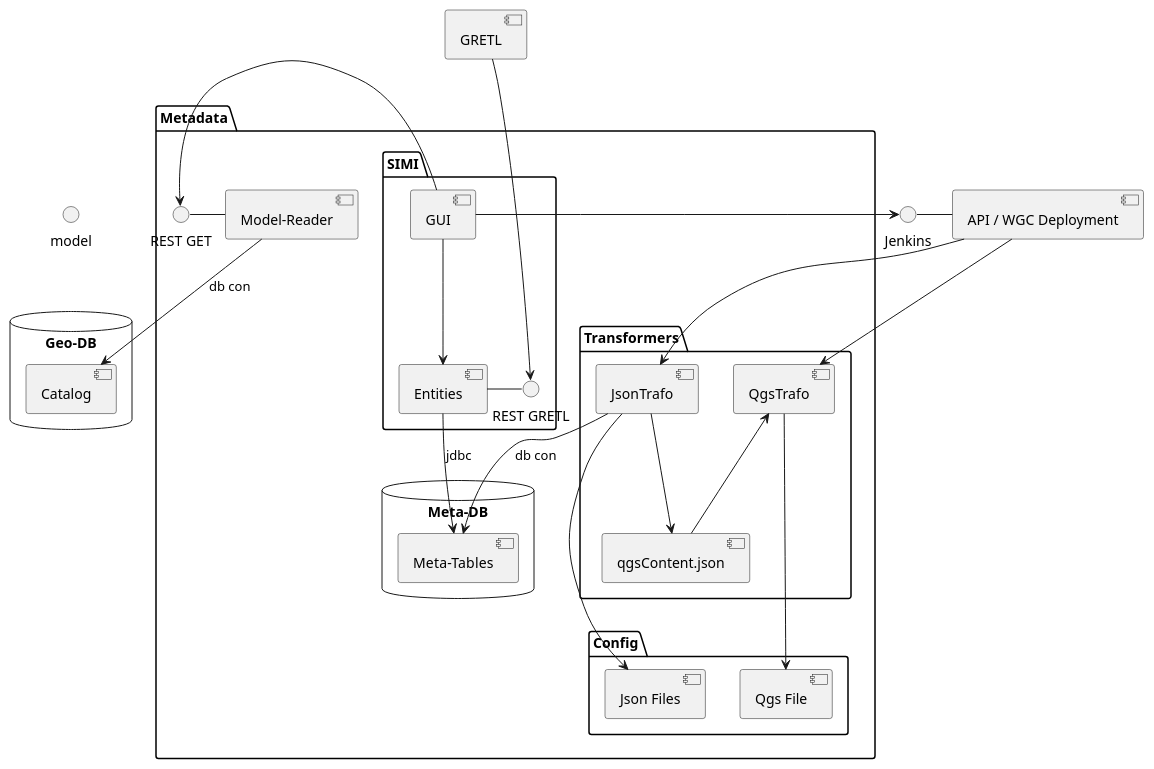
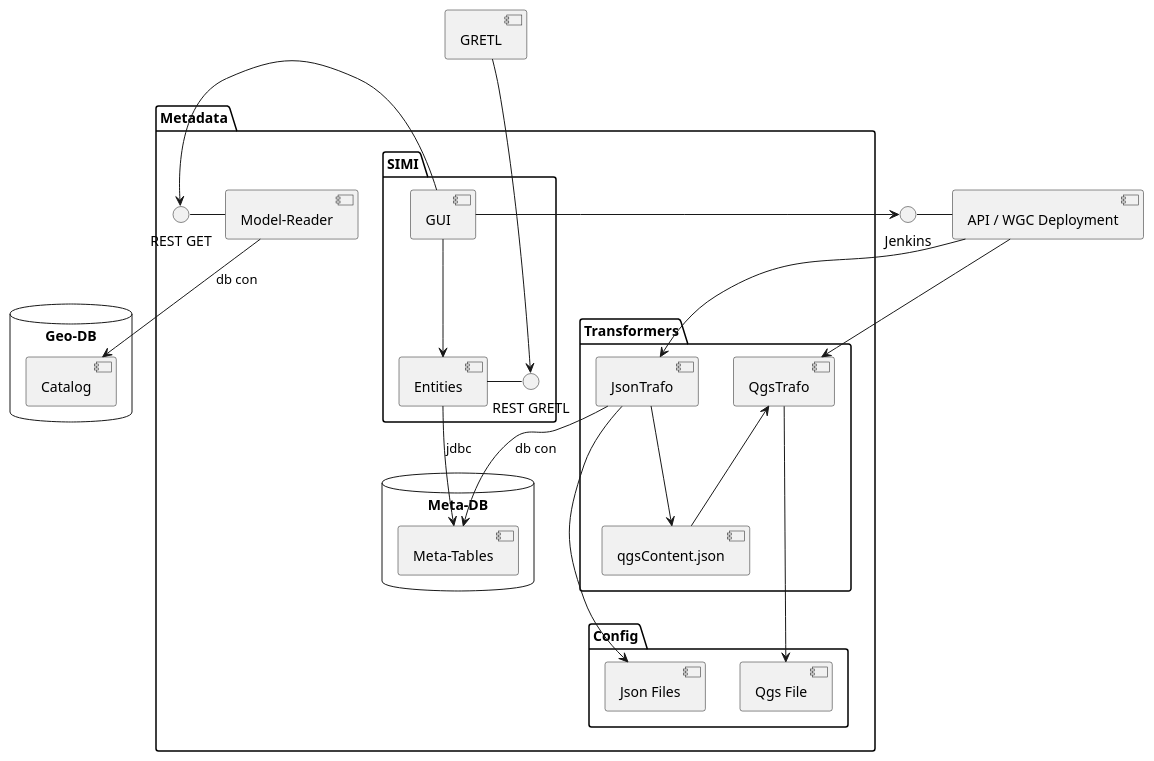
The diagram in mp/puml/src/components.puml (sogis/simi), drawn with PlantUML before and after one commit. The commit also changed 2 other files, not shown here.

```diff
--- a/mp/puml/src/components.puml
+++ b/mp/puml/src/components.puml
@@ -1,65 +1,64 @@
 @startuml
 package "Metadata" {
     package "Transformers" {
         [JsonTrafo] as jt
         [QgsTrafo] as qt
         [qgsContent.json] as qj
 
         jt --> qj
         qj -up-> qt
     }
 
     package "Config" {
         [Json Files] as json
         [Qgs File] as qgs
     }
 
     package "SIMI" {
         [GUI] as gui
         [Entities] as class
         () "REST GRETL" as gi
 
         gui --> class
         gi - class
     }
 
     database "Meta-DB" {
         [Meta-Tables] as mdb
     }
 
     together {
       [Model-Reader] as mr
       () "REST GET" as mri
       mr - mri
     }
     gui -left-> mri
 
     class --> mdb : jdbc
     jt --> mdb : db con
 
     jt --> json
     qt --> qgs
 }
 
 database "Geo-DB" {
     [Catalog] as cat
 }
 mr --> cat : db con
 
 together {
   [API / WGC Deployment] as pipe
   () "Jenkins" as pi
   pi - pipe
 }
 
 gui --> pi
 pipe --> jt
 pipe --> qt
 
 [GRETL] as gretl
 gretl --> gi
 
 gretl -[hidden]-> gui
 qj -[hidden]-> json
-model -[hidden]-> cat
 @enduml
```
